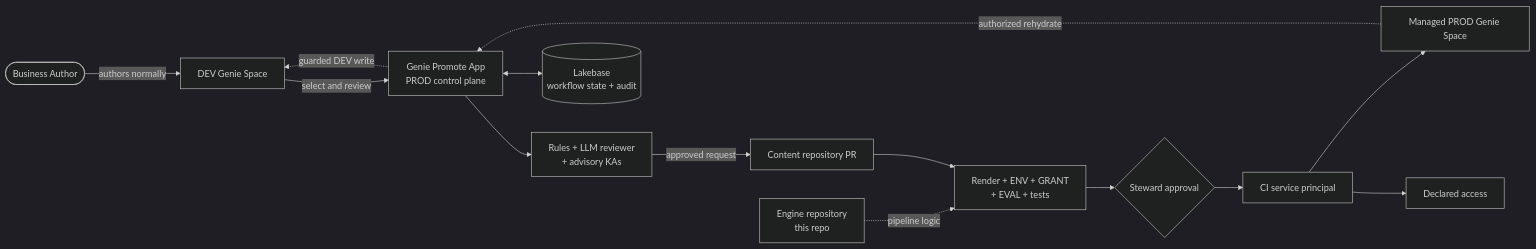
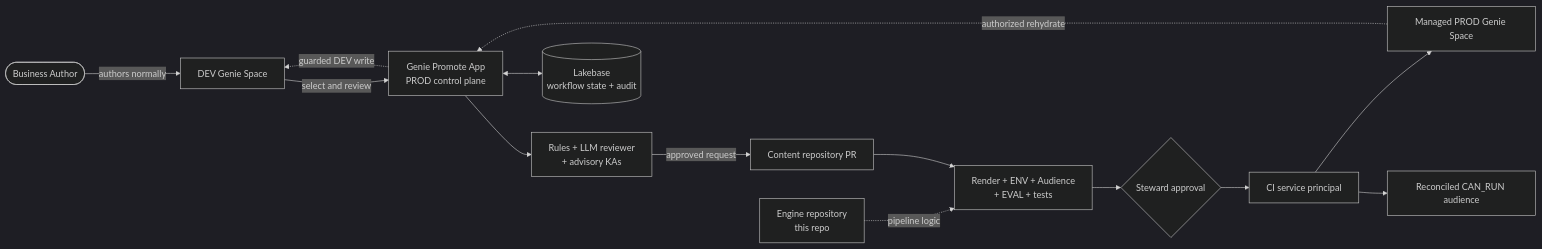
Before and after one commit to malcolndandaro/genie-promote-cicd: the diagram in README.md, drawn with Mermaid (dark theme). The commit also changed other lines of this file and 82 other files, not shown here.

````diff
--- a/README.md
+++ b/README.md
@@ -32,16 +32,16 @@
 ```mermaid
 flowchart LR
   author([Business Author]) -->|authors normally| dev[DEV Genie Space]
   dev -->|select and review| app[Genie Promote App<br/>PROD control plane]
   app --> review[Rules + LLM reviewer<br/>+ advisory KAs]
   review -->|approved request| pr[Content repository PR]
   engine[Engine repository<br/>this repo] -. pipeline logic .-> checks
-  pr --> checks[Render + ENV + GRANT<br/>+ EVAL + tests]
+  pr --> checks[Render + ENV + Audience<br/>+ EVAL + tests]
   checks --> steward{Steward approval}
   steward --> deploy[CI service principal]
   deploy --> prod[Managed PROD Genie Space]
-  deploy --> access[Declared access]
+  deploy --> audience[Reconciled CAN_RUN audience]
   app <--> lakebase[(Lakebase<br/>workflow state + audit)]
   prod -. authorized rehydrate .-> app
   app -. guarded DEV write .-> dev
 ```
````
